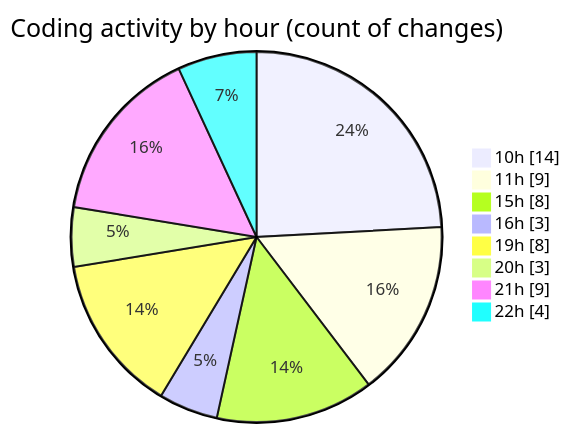
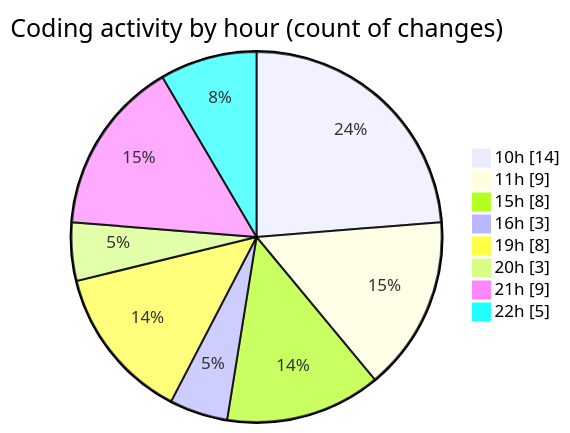
The second of 2 diagrams in 2025-02-08/react_ecom/README.md (Elitesun/code-tracking), drawn with Mermaid before and after one commit. The commit also changed other lines of this file and 1 other file, not shown here.

````diff
--- a/2025-02-08/react_ecom/README.md
+++ b/2025-02-08/react_ecom/README.md
@@ -39,12 +39,12 @@
 ```mermaid
 pie showData
 title Coding activity by hour (count of changes)
 "10h" : 14
 "11h" : 9
 "15h" : 8
 "16h" : 3
 "19h" : 8
 "20h" : 3
 "21h" : 9
-"22h" : 4
+"22h" : 5
 ```
````
